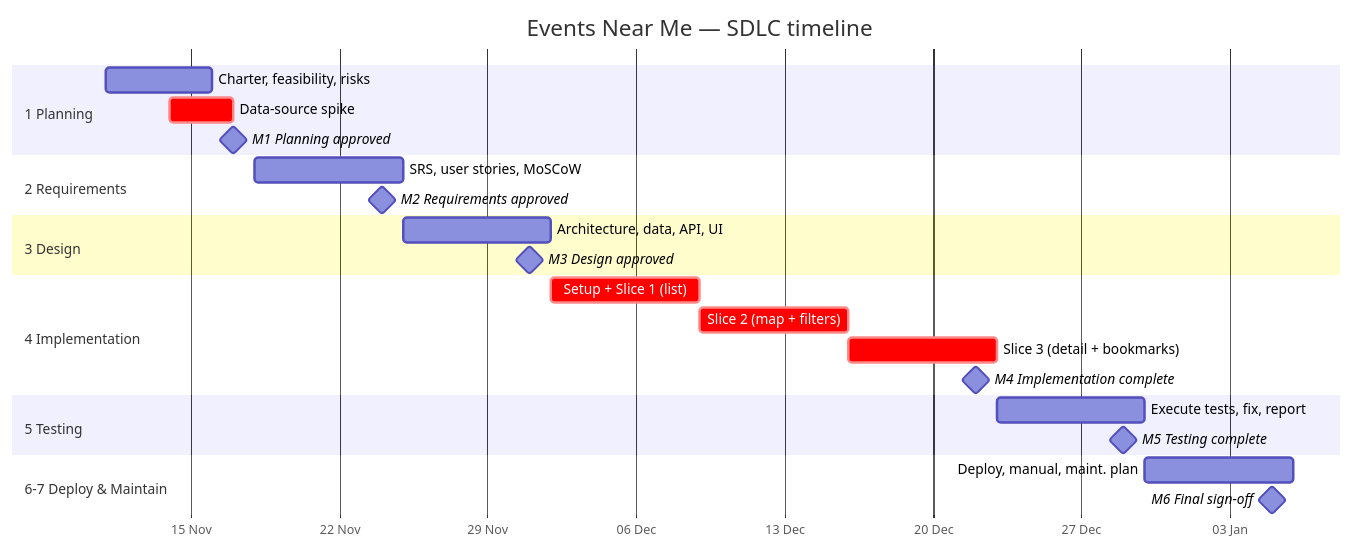
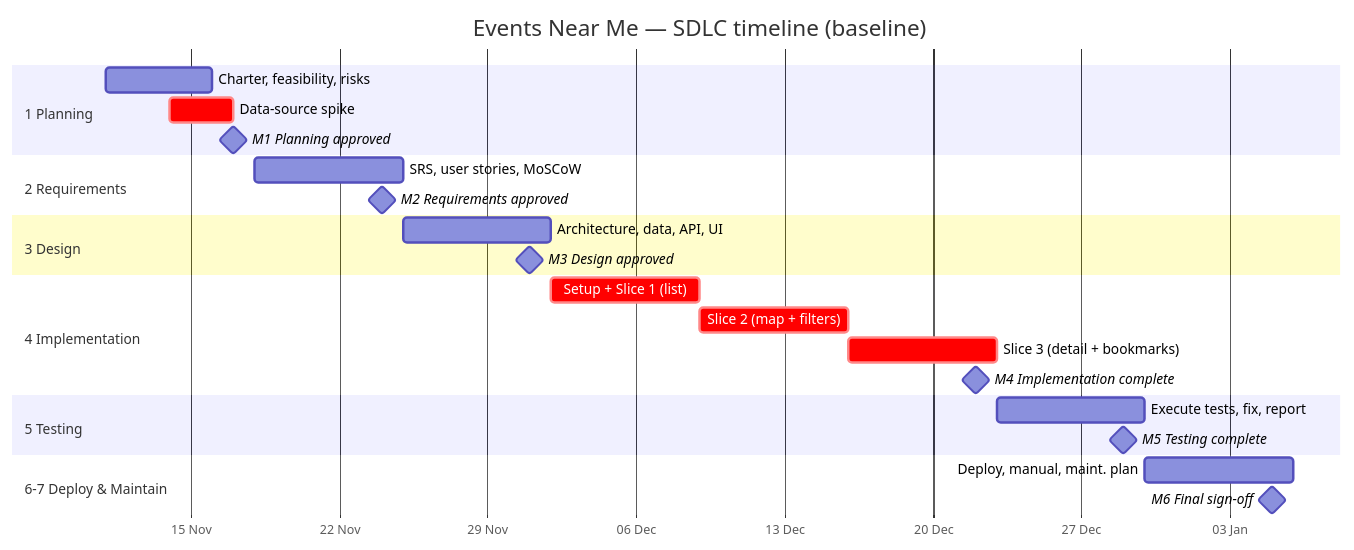
One commit to hiiew/events-near-me changed the first of 2 diagrams in docs/01-planning/timeline.md. Above: the diagram before and after it, drawn with Mermaid. The commit also changed other lines of this file and 7 other files, not shown here.

````diff
--- a/docs/01-planning/timeline.md
+++ b/docs/01-planning/timeline.md
@@ -53,33 +85,33 @@
 ```mermaid
 gantt
-    title Events Near Me — SDLC timeline
+    title Events Near Me — SDLC timeline (baseline)
     dateFormat  YYYY-MM-DD
     axisFormat  %d %b
 
     section 1 Planning
     Charter, feasibility, risks     :p1, 2026-11-11, 5d
     Data-source spike               :crit, spike, 2026-11-14, 3d
     M1 Planning approved            :milestone, m1, 2026-11-17, 0d
 
     section 2 Requirements
     SRS, user stories, MoSCoW       :p2, 2026-11-18, 7d
     M2 Requirements approved        :milestone, m2, 2026-11-24, 0d
 
     section 3 Design
     Architecture, data, API, UI     :p3, 2026-11-25, 7d
     M3 Design approved              :milestone, m3, 2026-12-01, 0d
 
     section 4 Implementation
     Setup + Slice 1 (list)          :crit, s1, 2026-12-02, 7d
     Slice 2 (map + filters)         :crit, s2, 2026-12-09, 7d
     Slice 3 (detail + bookmarks)    :crit, s3, 2026-12-16, 7d
     M4 Implementation complete      :milestone, m4, 2026-12-22, 0d
 
     section 5 Testing
     Execute tests, fix, report      :p5, 2026-12-23, 7d
     M5 Testing complete             :milestone, m5, 2026-12-29, 0d
 
     section 6-7 Deploy & Maintain
     Deploy, manual, maint. plan     :p6, 2026-12-30, 7d
     M6 Final sign-off               :milestone, m6, 2027-01-05, 0d
 ```
````
